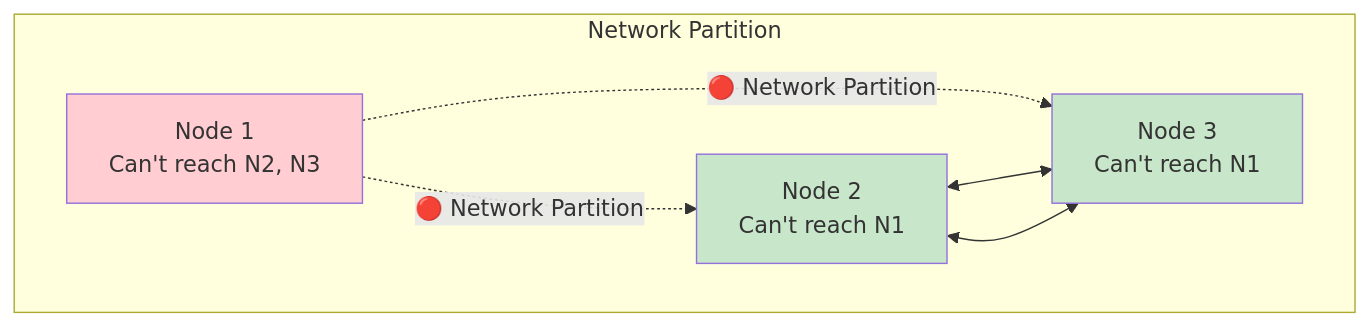
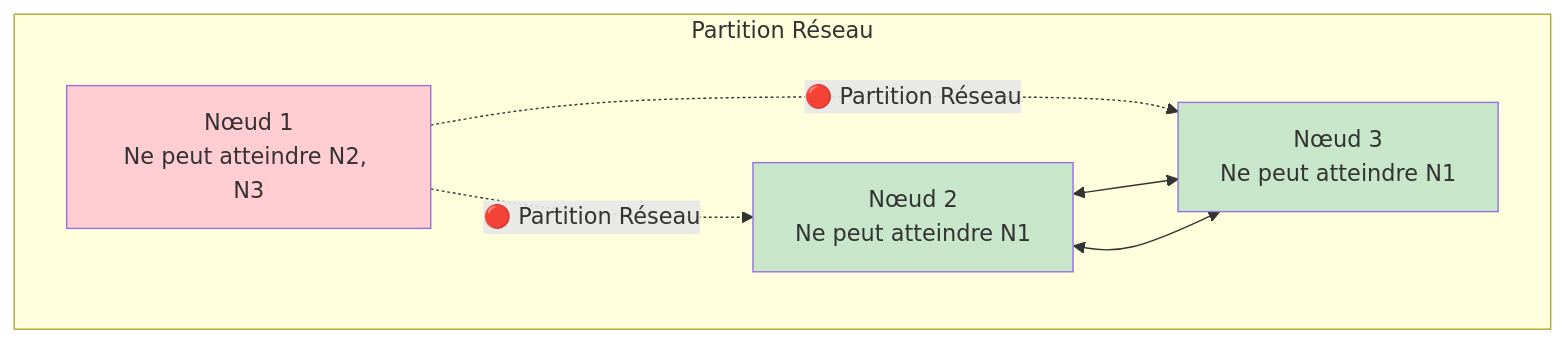
Before and after one commit to dardourimohamed/distributed-systems-course: the fourth of 12 diagrams in src/data-store/02-cap-theorem.md, drawn with Mermaid. The commit also changed other lines of this file and 38 other files, not shown here.

````diff
--- a/src/data-store/02-cap-theorem.md
+++ b/src/data-store/02-cap-theorem.md
@@ -96,17 +96,17 @@
 ```mermaid
 graph TB
-    subgraph "Network Partition"
-        N1["Node 1<br/>Can't reach N2, N3"]
-        N2["Node 2<br/>Can't reach N1"]
-        N3["Node 3<br/>Can't reach N1"]
+    subgraph "Partition Réseau"
+        N1["Nœud 1<br/>Ne peut atteindre N2, N3"]
+        N2["Nœud 2<br/>Ne peut atteindre N1"]
+        N3["Nœud 3<br/>Ne peut atteindre N1"]
     end
 
-    N1 -.->|"🔴 Network Partition"| N2
-    N1 -.->|"🔴 Network Partition"| N3
+    N1 -.->|"🔴 Partition Réseau"| N2
+    N1 -.->|"🔴 Partition Réseau"| N3
     N2 <--> N3
     N2 <--> N3
 
     style N1 fill:#ffcdd2
     style N2 fill:#c8e6c9
     style N3 fill:#c8e6c9
 ```
````
